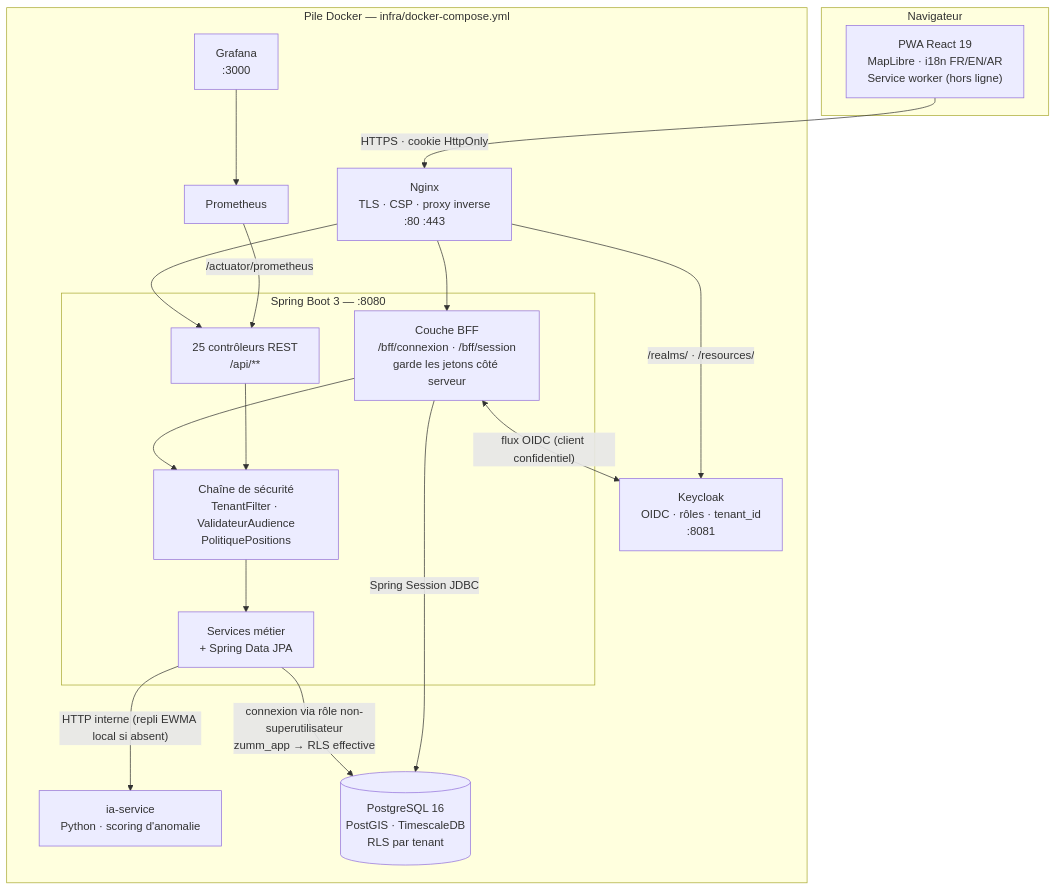
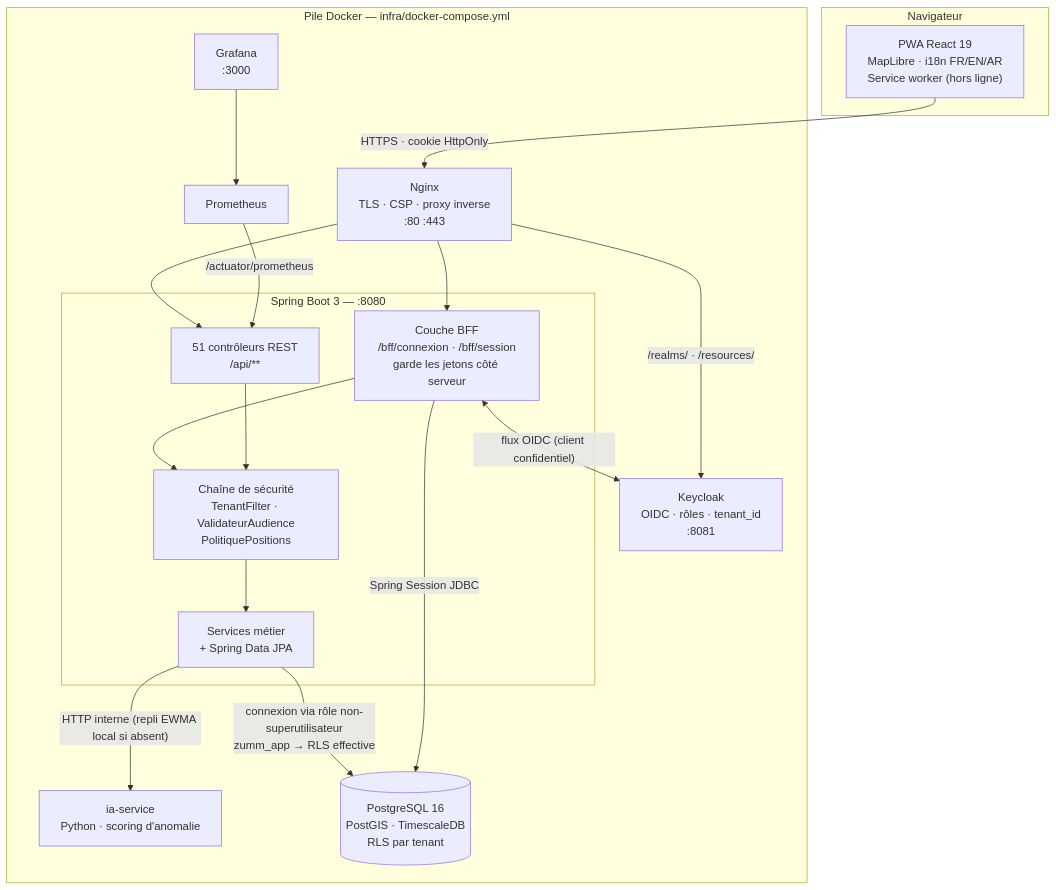
The diagram in README.md (iyednefzi99/Z-mm), drawn with Mermaid before and after one commit. The commit also changed other lines of this file and 3 other files, not shown here.

````diff
--- a/README.md
+++ b/README.md
@@ -119,38 +181,38 @@
 ```mermaid
 flowchart TB
     subgraph nav["Navigateur"]
         PWA["PWA React 19<br/>MapLibre · i18n FR/EN/AR<br/>Service worker (hors ligne)"]
     end
 
     PWA -- "HTTPS · cookie HttpOnly" --> NGINX
 
     subgraph docker["Pile Docker — infra/docker-compose.yml"]
         NGINX["Nginx<br/>TLS · CSP · proxy inverse<br/>:80 :443"]
 
         subgraph api["Spring Boot 3 — :8080"]
             BFF["Couche BFF<br/>/bff/connexion · /bff/session<br/>garde les jetons côté serveur"]
             SEC["Chaîne de sécurité<br/>TenantFilter · ValidateurAudience<br/>PolitiquePositions"]
-            REST["25 contrôleurs REST<br/>/api/**"]
+            REST["51 contrôleurs REST<br/>/api/**"]
             METIER["Services métier<br/>+ Spring Data JPA"]
         end
 
         KC["Keycloak<br/>OIDC · rôles · tenant_id<br/>:8081"]
         IA["ia-service<br/>Python · scoring d'anomalie"]
         PG[("PostgreSQL 16<br/>PostGIS · TimescaleDB<br/>RLS par tenant")]
         PROM["Prometheus"]
         GRAF["Grafana<br/>:3000"]
     end
 
     NGINX --> BFF
     NGINX --> REST
     NGINX -- "/realms/ · /resources/" --> KC
     BFF <-- "flux OIDC (client confidentiel)" --> KC
     BFF --> SEC
     REST --> SEC
     SEC --> METIER
     METIER -- "connexion via rôle non-superutilisateur<br/>zumm_app → RLS effective" --> PG
     METIER -- "HTTP interne (repli EWMA local si absent)" --> IA
     BFF -- "Spring Session JDBC" --> PG
     PROM -- "/actuator/prometheus" --> REST
     GRAF --> PROM
 ```
````
